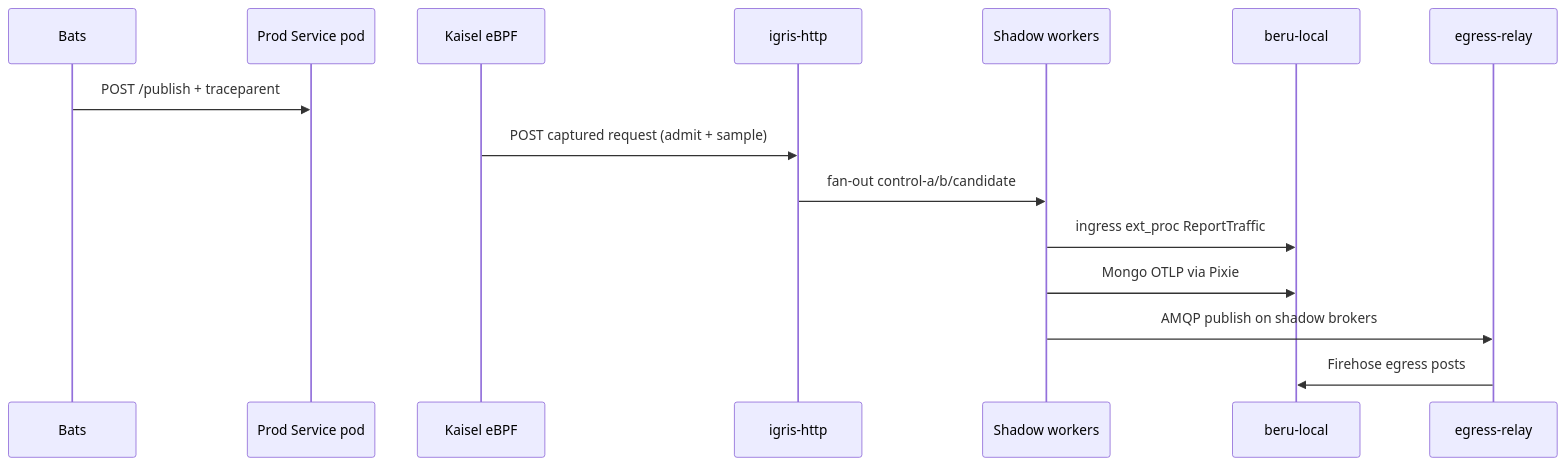
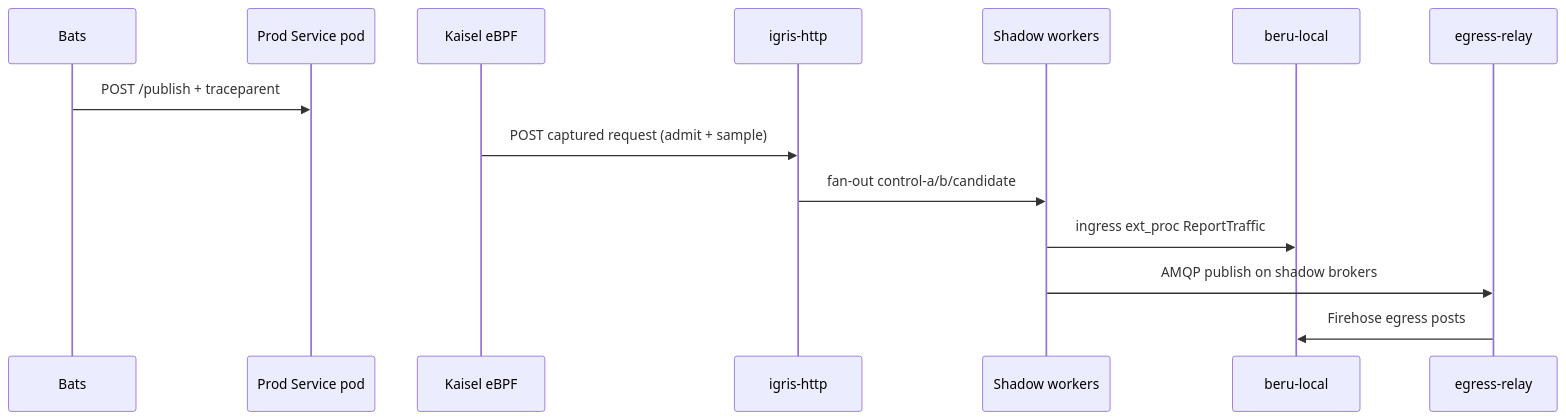
The second of 2 diagrams in docs/verification/http-ingress-e2e-flow.md (nederrgo/shadow-diff), drawn with Mermaid before and after one commit. The commit also changed other lines of this file and 135 other files, not shown here.

````diff
--- a/docs/verification/http-ingress-e2e-flow.md
+++ b/docs/verification/http-ingress-e2e-flow.md
@@ -74,18 +67,17 @@
 ```mermaid
 sequenceDiagram
   participant Test as Bats
   participant Prod as Prod Service pod
   participant Kaisel as Kaisel eBPF
   participant Igris as igris-http
   participant Shadow as Shadow workers
   participant Beru as beru-local
   participant Relay as egress-relay
 
   Test->>Prod: POST /publish + traceparent
   Kaisel->>Igris: POST captured request (admit + sample)
   Igris->>Shadow: fan-out control-a/b/candidate
   Shadow->>Beru: ingress ext_proc ReportTraffic
-  Shadow->>Beru: Mongo OTLP via Pixie
   Shadow->>Relay: AMQP publish on shadow brokers
   Relay->>Beru: Firehose egress posts
 ```
````
